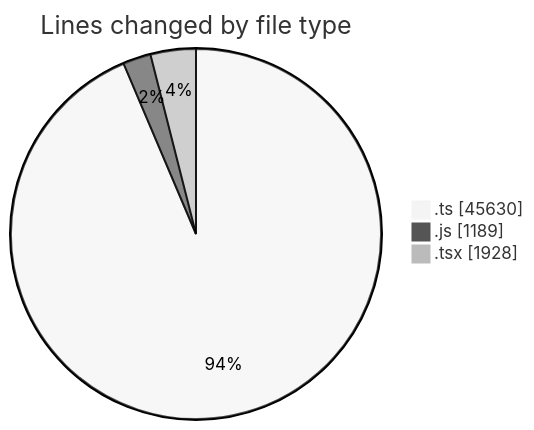
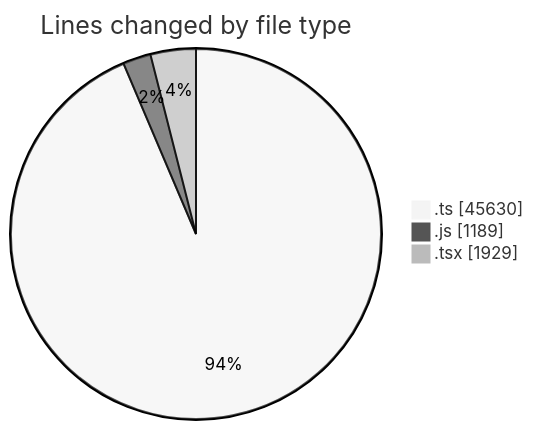
The first of 2 diagrams in 2026-11-03/cda/README.md (momahboobian/code-tracking), drawn with Mermaid (neutral theme) before and after one commit. The commit also changed other lines of this file and 1 other file, not shown here.

````diff
--- a/2026-11-03/cda/README.md
+++ b/2026-11-03/cda/README.md
@@ -44,7 +44,7 @@
 ```mermaid
 pie showData
 title Lines changed by file type
 ".ts" : 45630
 ".js" : 1189
-".tsx" : 1928
+".tsx" : 1929
 ```
````
